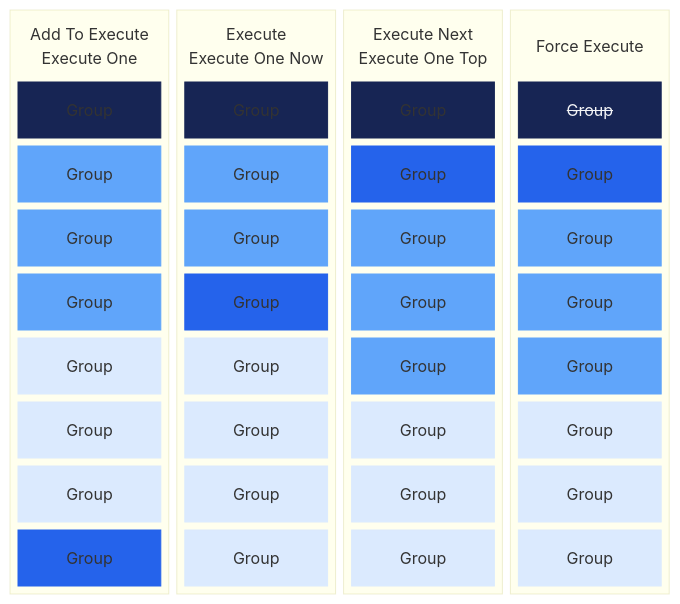
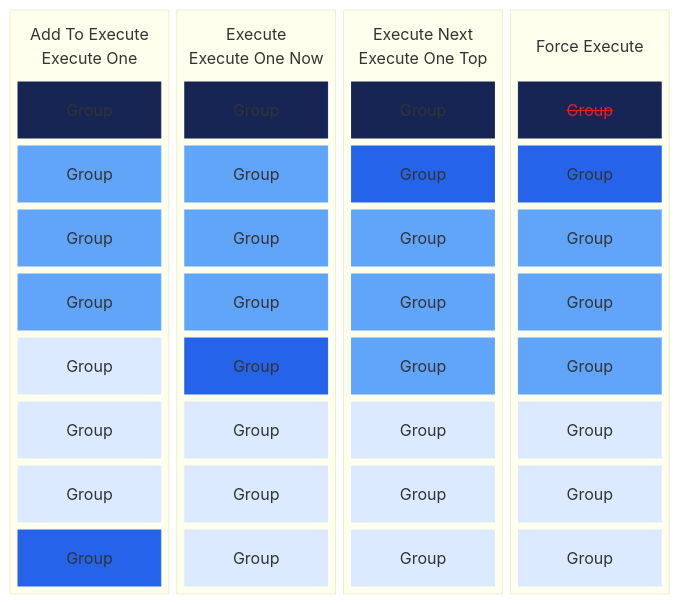
The first of 5 diagrams in develop/devguide/Connector/InnerWorkingsSLProtocol.md (SkylineCommunications/dataminer-docs), drawn with Mermaid before and after one commit. The commit also changed other lines of this file, not shown here.

````diff
--- a/develop/devguide/Connector/InnerWorkingsSLProtocol.md
+++ b/develop/devguide/Connector/InnerWorkingsSLProtocol.md
@@ -50,67 +50,69 @@
 ```mermaid
 block-beta
 columns 4
 
   block:Q1
     columns 1
     H1["Add To Execute<br/>Execute One"]
     A1["Group"]
     A2["Group"]
     A3["Group"]
     A4["Group"]
     A5["Group"]
     A6["Group"]
     A7["Group"]
     A8["Group"]
   end
   block:Q
     columns 1
     H2["Execute<br/>Execute One Now"]
     B1["Group"]
     B2["Group"]
     B3["Group"]
     B4["Group"]
     B5["Group"]
     B6["Group"]
     B7["Group"]
     B8["Group"]
   end
   block:Q3
     columns 1
     H3["Execute Next<br/>Execute One Top"]
     C1["Group"]
     C2["Group"]
     C3["Group"]
     C4["Group"]
     C5["Group"]
     C6["Group"]
     C7["Group"]
     C8["Group"]
   end
   block:Q4
     columns 1
     H4["Force Execute"]
     D1["<span style="color: red"><s>Group</s></span>"]
     D2["Group"]
     D3["Group"]
     D4["Group"]
     D5["Group"]
     D6["Group"]
     D7["Group"]
     D8["Group"]
   end
 
-  classDef header fill:none,stroke:none,color:#172554
+  classDef header fill:none,stroke:none,color:#6B6B6
   classDef executing fill:#172554,stroke:#172554,color:#f3f4f6
   classDef notTimer fill:#60A5FA,stroke:#60A5FA,color:#1E3A8A
   classDef byTimer fill:#DBEAFE,stroke:#DBEAFE,color:#172554
   classDef added fill:#2563EB,stroke:#2563EB,color:#f3f4f6
-  classDef legendText fill:none,stroke:none,color:#172554
+  classDef strike fill:#172554,stroke:#172554,color:#ed1c24
+  classDef legendText fill:none,stroke:none,color:#6B6B6
 
   class H1,H2,H3,H4 header
-  class A1,B1,C1,D1,L1 executing
-  class A2,A3,A4,B2,B3,C3,C4,C5,D3,D4,D5,L2 notTimer
-  class A5,A6,A7,B5,B6,B7,C6,C7,C8,D6,D7,D8,L3,B8 byTimer
-  class A8,B4,C2,D2,L4 added
+  class A1,B1,C1,L1 executing
+  class A2,A3,A4,B2,B3,B4,C3,C4,C5,D3,D4,D5,L2 notTimer
+  class A5,A6,A7,B6,B7,C6,C7,C8,D6,D7,D8,L3,B8 byTimer
+  class A8,C2,D2,L4,B5 added
   class LD1,LD2,LD3,LD4 legendText
+  class D1 strike
 ```
````
